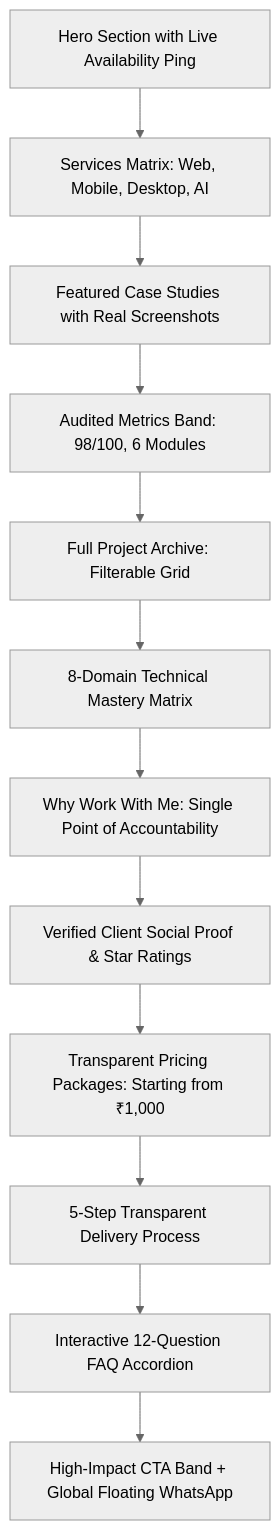
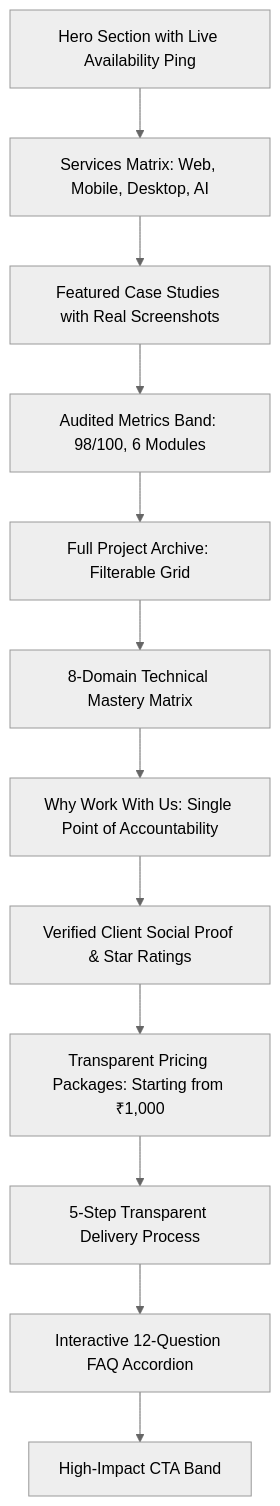
One commit to vektorsynapse/Portfolio changed the diagram in README.md. Above: the diagram before and after it, drawn with Mermaid (neutral theme). The commit also changed other lines of this file and 7 other files, not shown here.

````diff
--- a/README.md
+++ b/README.md
@@ -69,14 +63,14 @@
 ```mermaid
 graph TD
     A[Hero Section with Live Availability Ping] --> B[Services Matrix: Web, Mobile, Desktop, AI]
     B --> C[Featured Case Studies with Real Screenshots]
     C --> D[Audited Metrics Band: 98/100, 6 Modules]
     D --> E[Full Project Archive: Filterable Grid]
     E --> F[8-Domain Technical Mastery Matrix]
-    F --> G[Why Work With Me: Single Point of Accountability]
+    F --> G[Why Work With Us: Single Point of Accountability]
     G --> H[Verified Client Social Proof & Star Ratings]
     H --> I[Transparent Pricing Packages: Starting from ₹1,000]
     I --> J[5-Step Transparent Delivery Process]
     J --> K[Interactive 12-Question FAQ Accordion]
-    K --> L[High-Impact CTA Band + Global Floating WhatsApp]
+    K --> L[High-Impact CTA Band]
 ```
````
